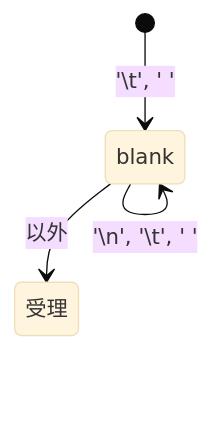
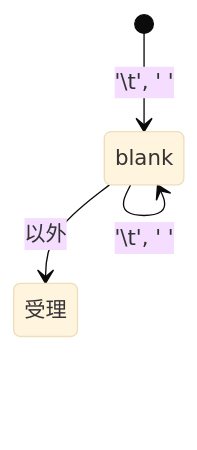
Before and after one commit to PalmNeko/minishell: the ninth of 14 diagrams in docs/design_lexical_analyze.md, drawn with Mermaid (base theme). The commit also changed other lines of this file, not shown here.

````diff
--- a/docs/design_lexical_analyze.md
+++ b/docs/design_lexical_analyze.md
@@ -137,6 +135,6 @@
 ```mermaid
 stateDiagram-v2
 	[*] --> blank: '\t', ' '
-	blank --> blank: '\n', '\t', ' '
+	blank --> blank: '\t', ' '
 	blank --> 受理: 以外
 ```
````
